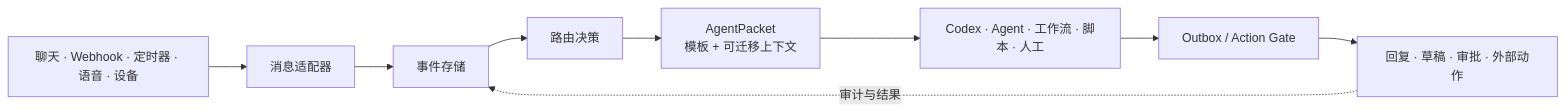
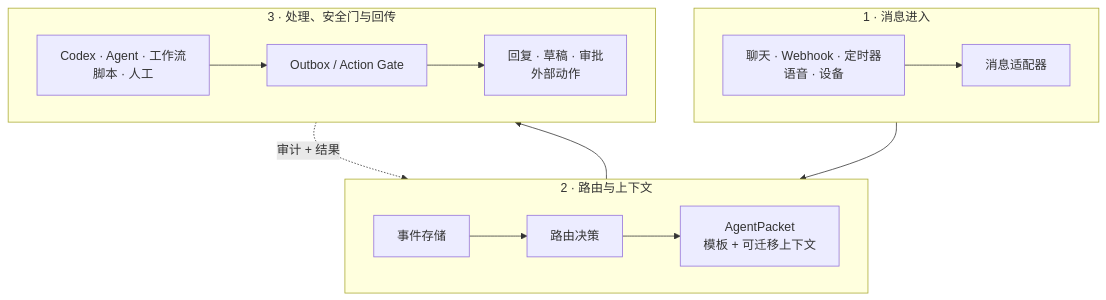
One commit to vb2250158/RabiRoute changed the diagram in README_zh.md. Above: the diagram before and after it, drawn with Mermaid. The commit also changed other lines of this file and 4 other files, not shown here.

````diff
--- a/README_zh.md
+++ b/README_zh.md
@@ -53,11 +65,21 @@
 ```mermaid
-flowchart LR
-    A["聊天 · Webhook · 定时器 · 语音 · 设备"] --> B["消息适配器"]
-    B --> C["事件存储"]
-    C --> D["路由决策"]
-    D --> E["AgentPacket<br/>模板 + 可迁移上下文"]
-    E --> F["Codex · Agent · 工作流 · 脚本 · 人工"]
-    F --> G["Outbox / Action Gate"]
-    G --> H["回复 · 草稿 · 审批 · 外部动作"]
-    H -. 审计与结果 .-> C
+flowchart TB
+    subgraph ingress ["1 · 消息进入"]
+        direction LR
+        A["聊天 · Webhook · 定时器<br/>语音 · 设备"] --> B["消息适配器"]
+    end
+
+    subgraph routing ["2 · 路由与上下文"]
+        direction LR
+        C["事件存储"] --> D["路由决策"] --> E["AgentPacket<br/>模板 + 可迁移上下文"]
+    end
+
+    subgraph delivery ["3 · 处理、安全门与回传"]
+        direction LR
+        F["Codex · Agent · 工作流<br/>脚本 · 人工"] --> G["Outbox / Action Gate"] --> H["回复 · 草稿 · 审批<br/>外部动作"]
+    end
+
+    B --> C
+    E --> F
+    H -. "审计 + 结果" .-> C
 ```
````
